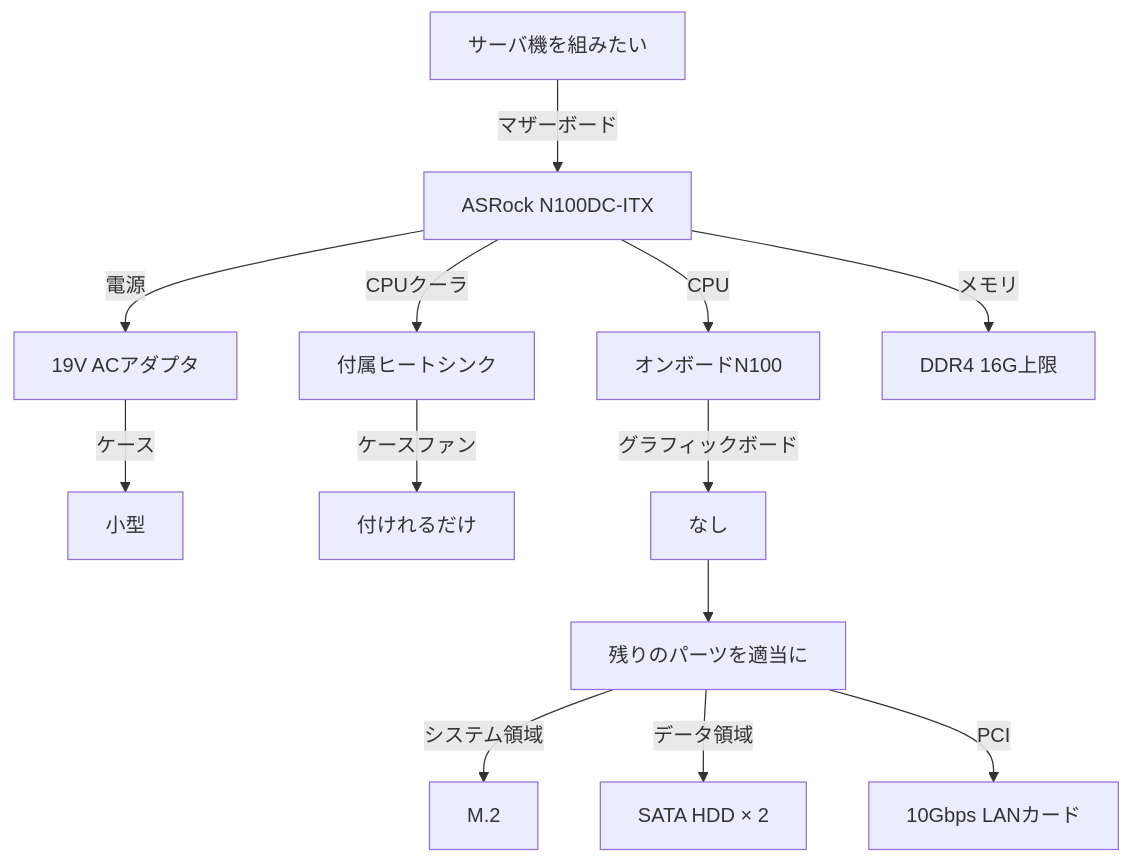
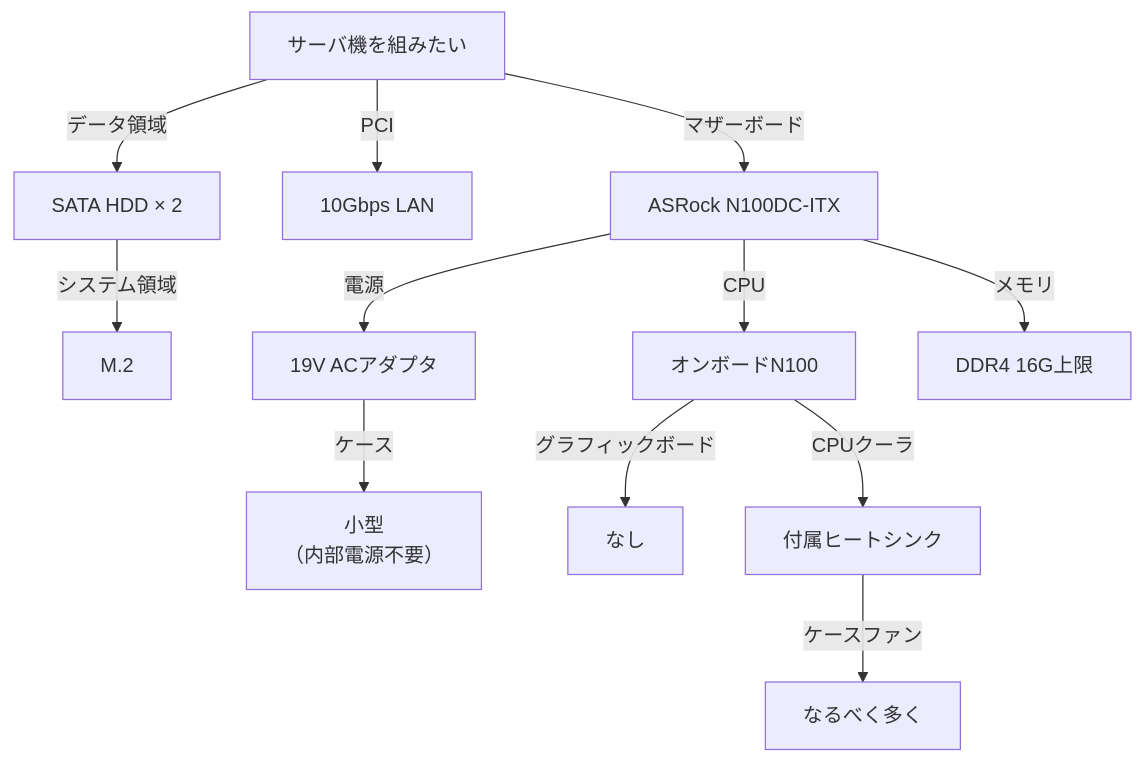
Before and after one commit to keimochizuki/lab_tech_note: the third of 4 diagrams in docs/building_pc.md, drawn with Mermaid. The commit also changed other lines of this file and 1 other file, not shown here.

Commit message:
Modified diagram for server PC in building_pc.md

````diff
--- a/docs/building_pc.md
+++ b/docs/building_pc.md
@@ -131,15 +131,14 @@
 ```mermaid
 flowchart TD;
 Start["サーバ機を組みたい"]--"マザーボード"-->Motherboard["ASRock N100DC-ITX"];
+Start--"PCI"-->PCI["10Gbps LAN"];
+Start--"データ領域"-->Data["SATA HDD &times; 2"];
+Data--"システム領域"-->System["M.2"];
 Motherboard--"電源"-->Power["19V ACアダプタ"];
-Power--"ケース"-->Chassis["小型"];
-Motherboard--"CPUクーラ"-->CPUcooler["付属ヒートシンク"];
-CPUcooler--"ケースファン"-->Casefan["付けれるだけ"];
+Power--"ケース"-->Chassis["小型<br>（内部電源不要）"];
 Motherboard--"CPU"-->CPU["オンボードN100"];
 Motherboard--"メモリ"-->Memory["DDR4 16G上限"];
 CPU--"グラフィックボード"-->Graphicboard["なし"];
-Graphicboard-->Others["残りのパーツを適当に"];
-Others--"システム領域"-->System["M.2"];
-Others--"データ領域"-->Data["SATA HDD &times; 2"];
-Others--"PCI"-->PCI["10Gbps LANカード"];
+CPU--"CPUクーラ"-->CPUcooler["付属ヒートシンク"];
+CPUcooler--"ケースファン"-->Casefan["なるべく多く"];
 ```
````
